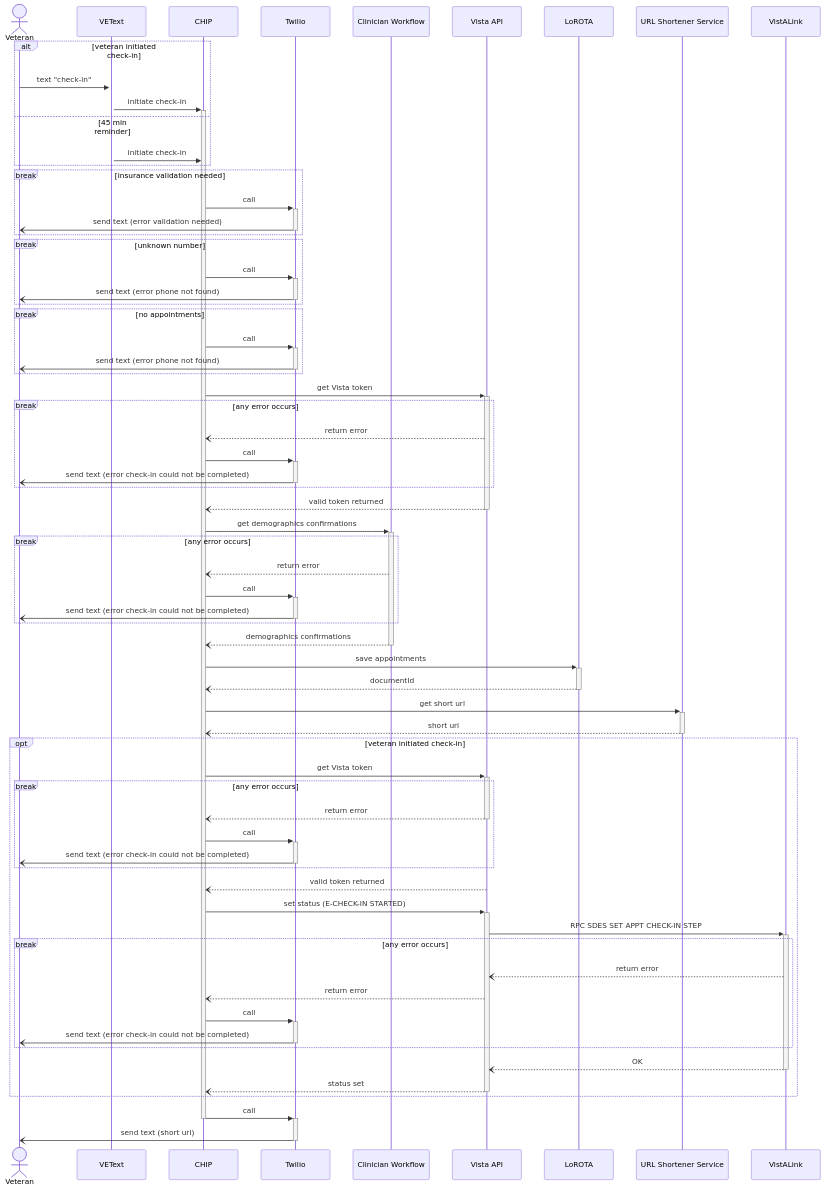
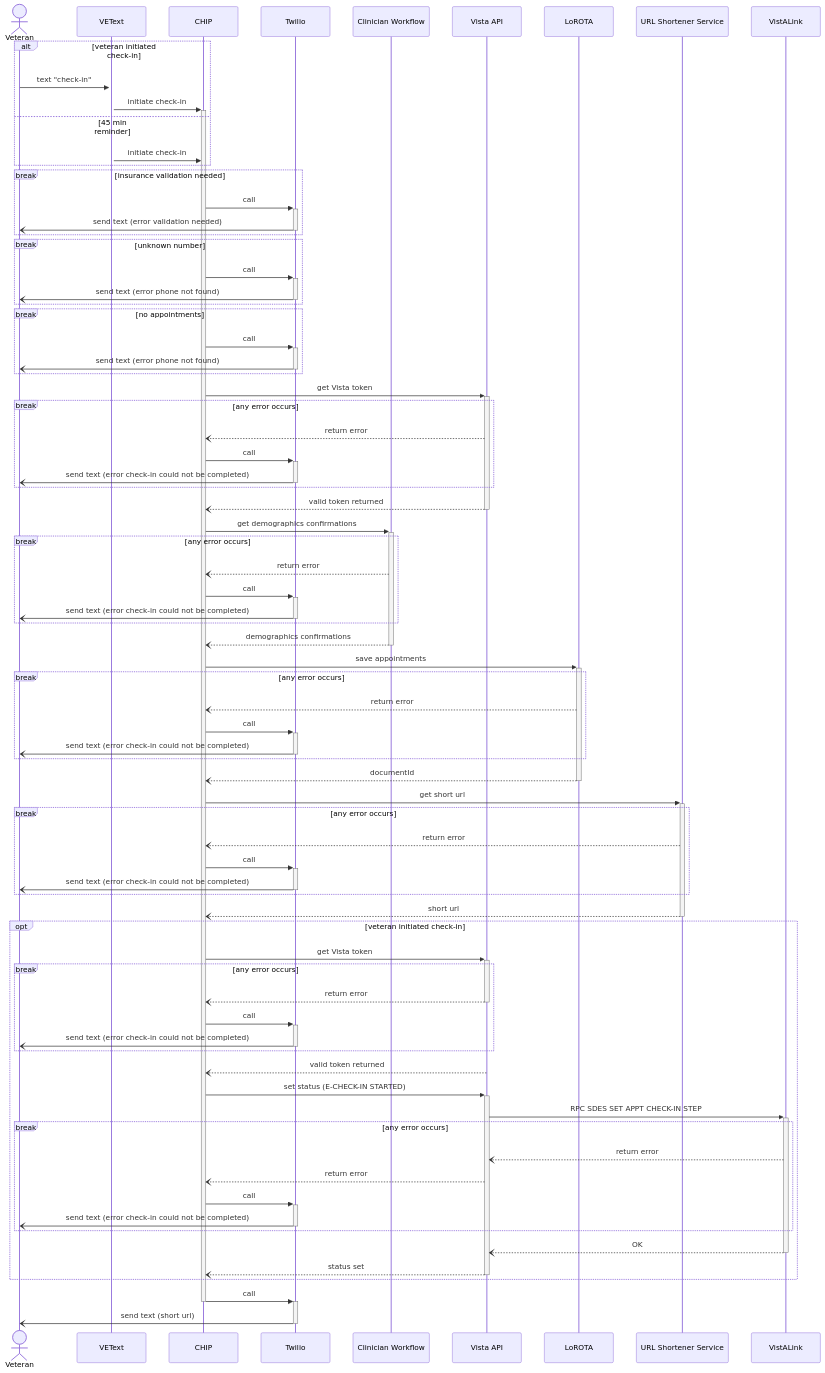
The first of 5 diagrams in products/health-care/checkin/engineering/architecture-diagrams/sequenceDiagram_checkInExp.md (department-of-veterans-affairs/va.gov-team), drawn with Mermaid before and after one commit. The commit also changed other lines of this file, not shown here.

```diff
--- a/products/health-care/checkin/engineering/architecture-diagrams/sequenceDiagram_checkInExp.md
+++ b/products/health-care/checkin/engineering/architecture-diagrams/sequenceDiagram_checkInExp.md
@@ -185,9 +69,23 @@
   cw--)-c: demographics confirmations
 
   c->>+l: save appointments
+
+  break any error occurs
+    l--)c: return error
+    c->>+t: call
+    t-)-vet: send text (error check-in could not be completed)
+  end
+
   l--)-c: documentId
 
   c->>+url: get short url
+
+  break any error occurs
+    url--)c: return error
+    c->>+t: call
+    t-)-vet: send text (error check-in could not be completed)
+  end
+
   url--)-c: short url
 
   opt veteran initiated check-in
```
